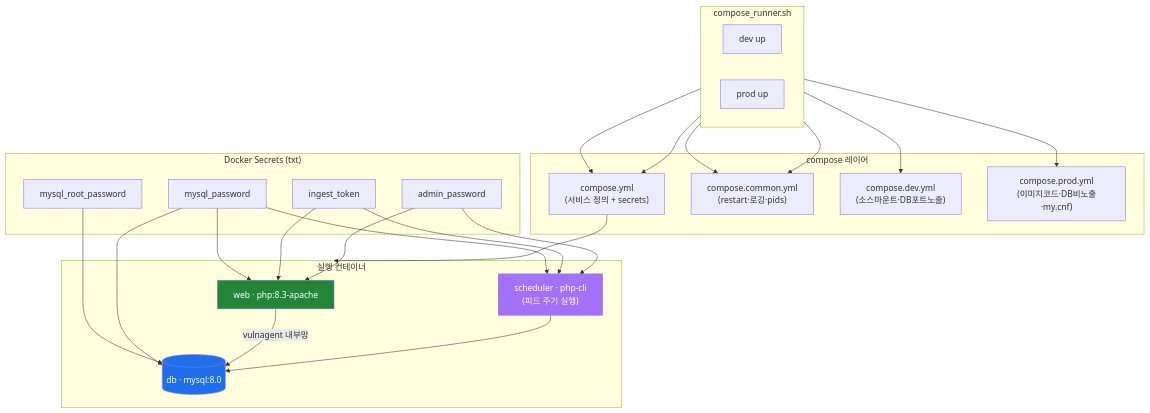
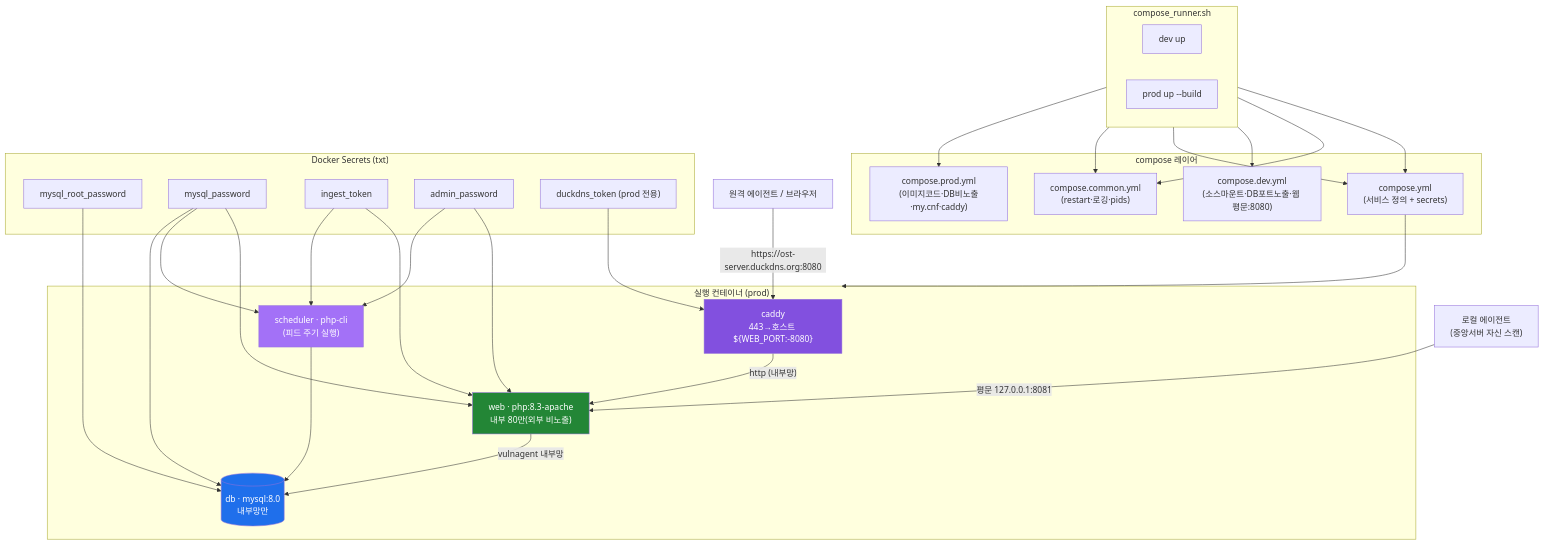
One commit to JeongDoWook/vuln-agent changed the fourth of 6 diagrams in docs/architecture.md. Above: the diagram before and after it, drawn with Mermaid. The commit also changed other lines of this file and 3 other files, not shown here.

````diff
--- a/docs/architecture.md
+++ b/docs/architecture.md
@@ -118,41 +126,49 @@
 ```mermaid
 flowchart TB
     subgraph Runner["compose_runner.sh"]
         direction LR
         R1["dev up"]
-        R2["prod up"]
+        R2["prod up --build"]
     end
 
     subgraph Files["compose 레이어"]
         F0["compose.yml<br/>(서비스 정의 + secrets)"]
         FC["compose.common.yml<br/>(restart·로깅·pids)"]
-        FD["compose.dev.yml<br/>(소스마운트·DB포트노출)"]
-        FP["compose.prod.yml<br/>(이미지코드·DB비노출·my.cnf)"]
+        FD["compose.dev.yml<br/>(소스마운트·DB포트노출·웹 평문:8080)"]
+        FP["compose.prod.yml<br/>(이미지코드·DB비노출·my.cnf·caddy)"]
     end
 
     subgraph Secrets["Docker Secrets (txt)"]
         S1["mysql_root_password"]
         S2["mysql_password"]
         S3["ingest_token"]
         S4["admin_password"]
+        S5["duckdns_token (prod 전용)"]
     end
 
-    subgraph Stack["실행 컨테이너"]
-        WC["web · php:8.3-apache"]
+    subgraph Stack["실행 컨테이너 (prod)"]
+        CADDY["caddy<br/>443→호스트 ${WEB_PORT:-8080}"]
+        WC["web · php:8.3-apache<br/>내부 80만(외부 비노출)"]
         SCH["scheduler · php-cli<br/>(피드 주기 실행)"]
-        DC[("db · mysql:8.0")]
+        DC[("db · mysql:8.0<br/>내부망만")]
     end
 
     R1 --> F0 & FC & FD
     R2 --> F0 & FC & FP
     F0 --> Stack
+    S5 --> CADDY
     S2 & S3 & S4 --> WC
     S2 & S3 & S4 --> SCH
     S1 & S2 --> DC
+
+    REMOTE["원격 에이전트 / 브라우저"] -->|"https://ost-server.duckdns.org:8080"| CADDY
+    CADDY -->|"http (내부망)"| WC
+    LOCAL["로컬 에이전트<br/>(중앙서버 자신 스캔)"] -->|"평문 127.0.0.1:8081"| WC
     WC -->|"vulnagent 내부망"| DC
     SCH --> DC
 
+    style CADDY fill:#8250df,color:#fff
     style WC fill:#238636,color:#fff
     style SCH fill:#a371f7,color:#fff
     style DC fill:#1f6feb,color:#fff
 ```
````
